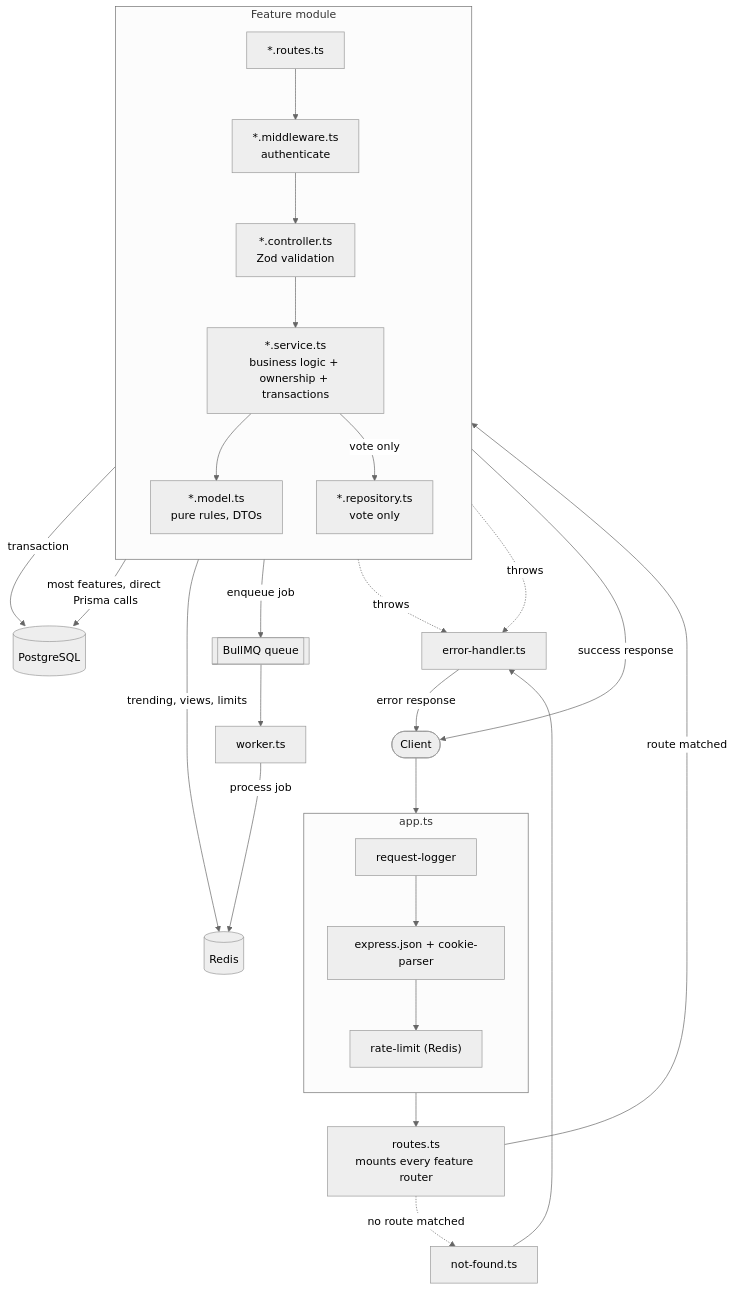
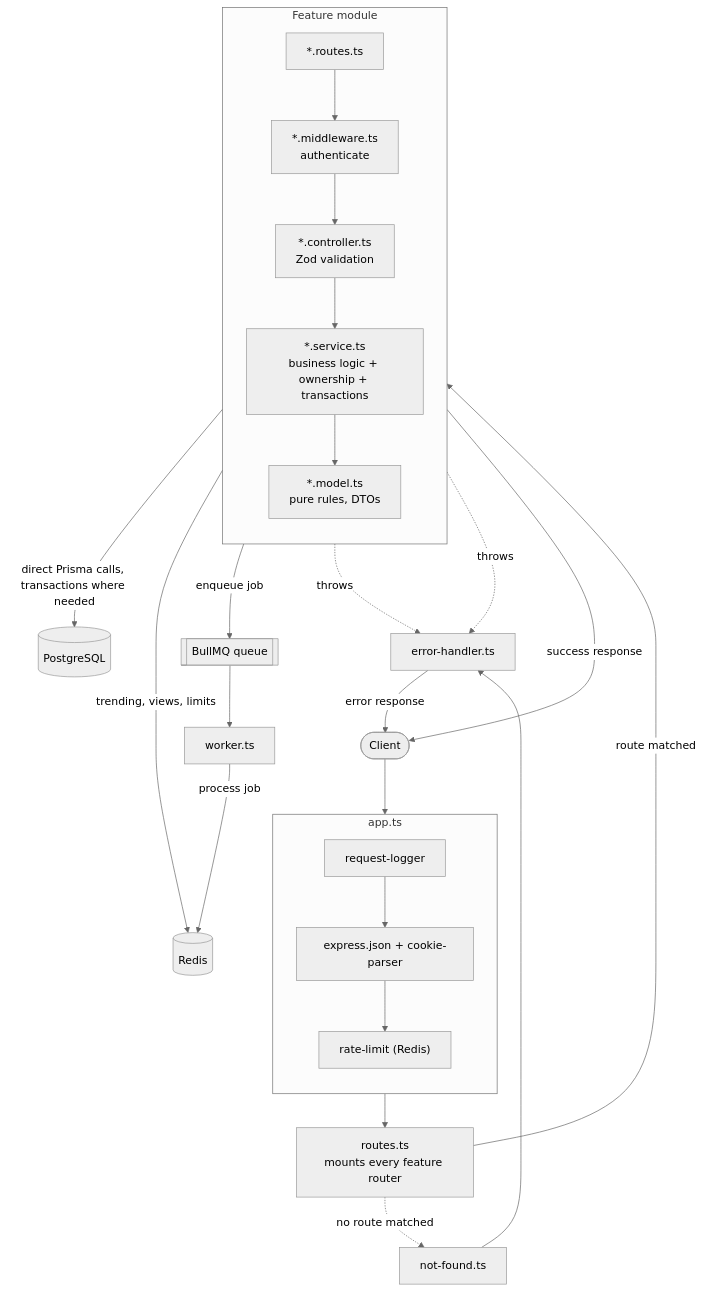
Before and after one commit to Tareq-Bilal/Huddle: the diagram in README.md, drawn with Mermaid (neutral theme). The commit also changed other lines of this file and 2 other files, not shown here.

Commit message:
Document the vote transaction and add a Postman Vote folder

````diff
--- a/README.md
+++ b/README.md
@@ -166,45 +165,43 @@
 ```mermaid
 flowchart TD
     Client(["Client"])
 
     subgraph AppLayer["app.ts"]
         direction TB
         Logger["request-logger"]
         Parsers["express.json + cookie-parser"]
         RateLimit["rate-limit (Redis)"]
     end
 
     Routes["routes.ts<br/>mounts every feature router"]
 
     subgraph FeatureLayer["Feature module"]
         direction TB
         FRoutes["*.routes.ts"]
         FMiddleware["*.middleware.ts<br/>authenticate"]
         Controller["*.controller.ts<br/>Zod validation"]
         Service["*.service.ts<br/>business logic + ownership + transactions"]
         Model["*.model.ts<br/>pure rules, DTOs"]
-        Repository["*.repository.ts<br/>vote only"]
     end
 
     Postgres[("PostgreSQL")]
     Redis[("Redis")]
     Queue[["BullMQ queue"]]
     Worker["worker.ts"]
 
     NotFound["not-found.ts"]
     ErrorHandler["error-handler.ts"]
 
     Client --> Logger --> Parsers --> RateLimit --> Routes
     Routes -->|route matched| FRoutes --> FMiddleware --> Controller --> Service
     Service --> Model
-    Service -->|vote only| Repository -->|transaction| Postgres
-    Service -->|most features, direct Prisma calls| Postgres
+    Service -->|direct Prisma calls, transactions where needed| Postgres
     Service -->|trending, views, limits| Redis
     Service -->|enqueue job| Queue --> Worker -->|process job| Redis
 
     Routes -.no route matched.-> NotFound --> ErrorHandler
     Controller -.throws.-> ErrorHandler
     Service -.throws.-> ErrorHandler
     ErrorHandler -->|error response| Client
     Controller -->|success response| Client
 ```
````
